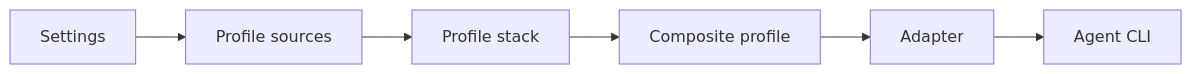
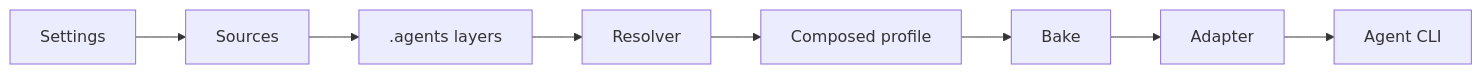
The diagram in docs/documentation/concepts.md (ai-outfitter/outfitter), drawn with Mermaid before and after one commit. The commit also changed other lines of this file and 12 other files, not shown here.

````diff
--- a/docs/documentation/concepts.md
+++ b/docs/documentation/concepts.md
@@ -5,8 +5,10 @@
 ```mermaid
 flowchart LR
-  A[Settings] --> B[Profile sources]
-  B --> C[Profile stack]
-  C --> D[Composite profile]
-  D --> E[Adapter]
-  E --> F[Agent CLI]
+  A[Settings] --> B[Sources]
+  B --> C[.agents layers]
+  C --> D[Resolver]
+  D --> E[Composed profile]
+  E --> F[Bake]
+  F --> G[Adapter]
+  G --> H[Agent CLI]
 ```
````
